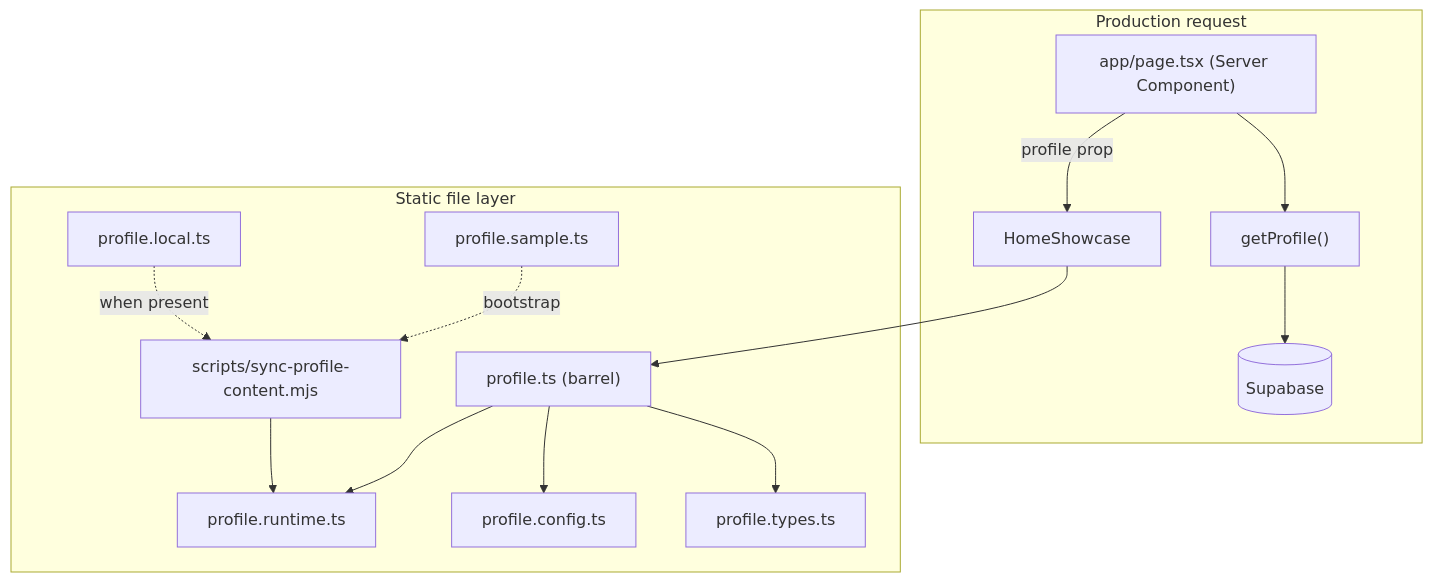
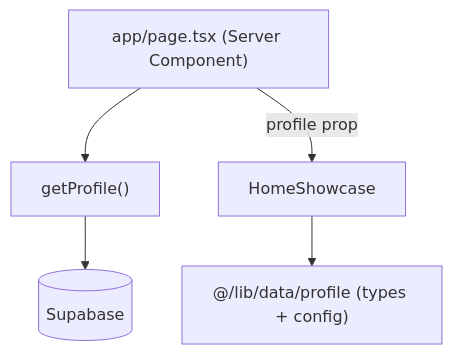
The diagram in docs/profile-data.md (yukl-c/my-web-profile), drawn with Mermaid before and after one commit. The commit also changed other lines of this file and 11 other files, not shown here.

````diff
--- a/docs/profile-data.md
+++ b/docs/profile-data.md
@@ -34,29 +28,9 @@
 ```mermaid
 flowchart TB
-  subgraph production [Production request]
-    page["app/page.tsx (Server Component)"]
-    getProfile["getProfile()"]
-    supabase[(Supabase)]
-    page --> getProfile --> supabase
-    page -->|profile prop| HomeShowcase
-  end
-
-  subgraph static [Static file layer]
-    profile_ts["profile.ts (barrel)"]
-    types["profile.types.ts"]
-    config["profile.config.ts"]
-    runtime["profile.runtime.ts"]
-    local["profile.local.ts"]
-    sample["profile.sample.ts"]
-    sync["scripts/sync-profile-content.mjs"]
-
-    profile_ts --> types
-    profile_ts --> config
-    profile_ts --> runtime
-    sync --> runtime
-    local -.->|when present| sync
-    sample -.->|bootstrap| sync
-  end
-
-  HomeShowcase --> profile_ts
+  page["app/page.tsx (Server Component)"]
+  getProfile["getProfile()"]
+  supabase[(Supabase)]
+  page --> getProfile --> supabase
+  page -->|profile prop| HomeShowcase
+  HomeShowcase --> types["@/lib/data/profile (types + config)"]
 ```
````
